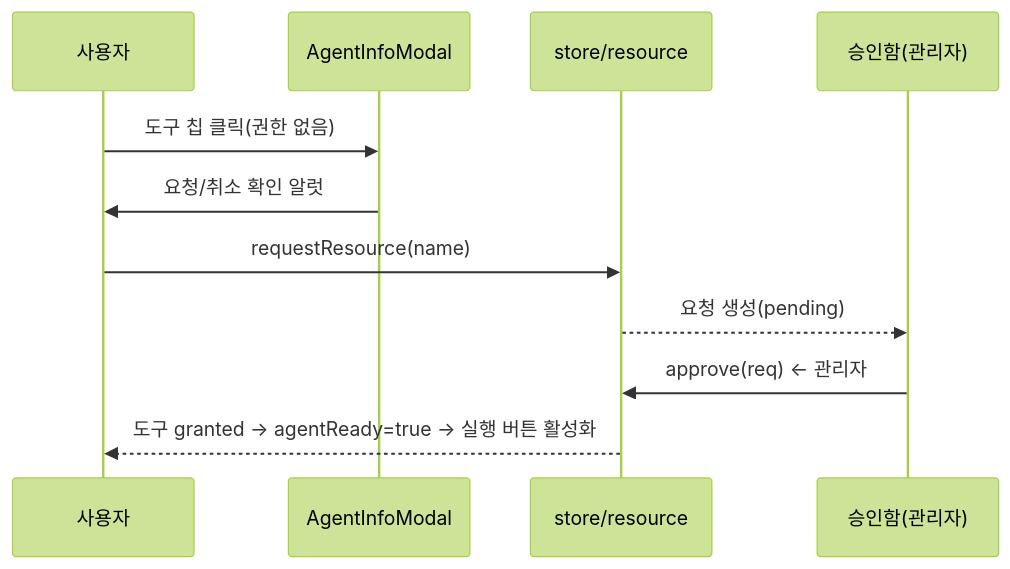
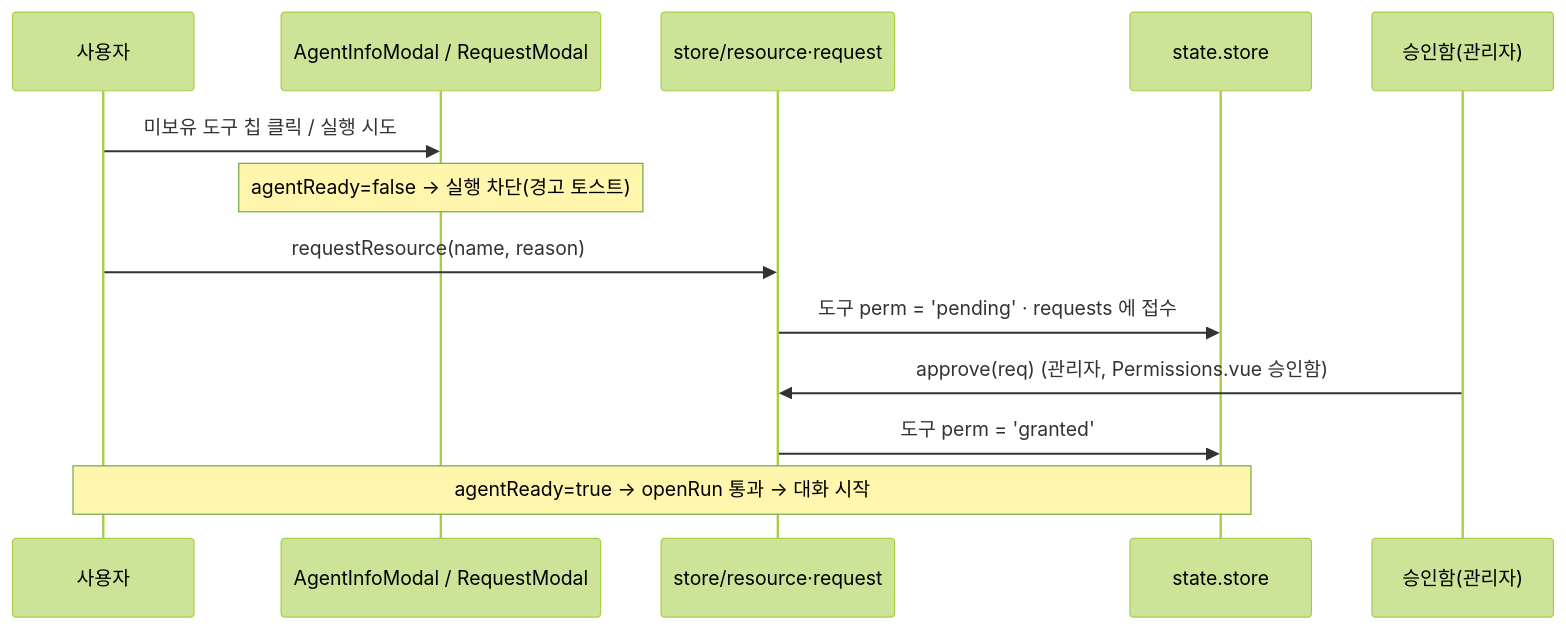
Before and after one commit to navynam/axhub-portal: the seventh of 7 diagrams in docs/ARCHITECTURE.md, drawn with Mermaid (forest theme). The commit also changed other lines of this file and 18 other files, not shown here.

````diff
--- a/docs/ARCHITECTURE.md
+++ b/docs/ARCHITECTURE.md
@@ -153,13 +306,15 @@
 ```mermaid
 sequenceDiagram
   participant U as 사용자
-  participant M as AgentInfoModal
-  participant R as store/resource
+  participant M as AgentInfoModal / RequestModal
+  participant R as store/resource·request
+  participant ST as state.store
   participant A as 승인함(관리자)
-  U->>M: 도구 칩 클릭(권한 없음)
-  M->>U: 요청/취소 확인 알럿
-  U->>R: requestResource(name)
-  R-->>A: 요청 생성(pending)
-  A->>R: approve(req)  ← 관리자
-  R-->>U: 도구 granted → agentReady=true → 실행 버튼 활성화
+  U->>M: 미보유 도구 칩 클릭 / 실행 시도
+  Note over M: agentReady=false → 실행 차단(경고 토스트)
+  U->>R: requestResource(name, reason)
+  R->>ST: 도구 perm = 'pending' · requests 에 접수
+  A->>R: approve(req)  (관리자, Permissions.vue 승인함)
+  R->>ST: 도구 perm = 'granted'
+  Note over U,ST: agentReady=true → openRun 통과 → 대화 시작
 ```
````
